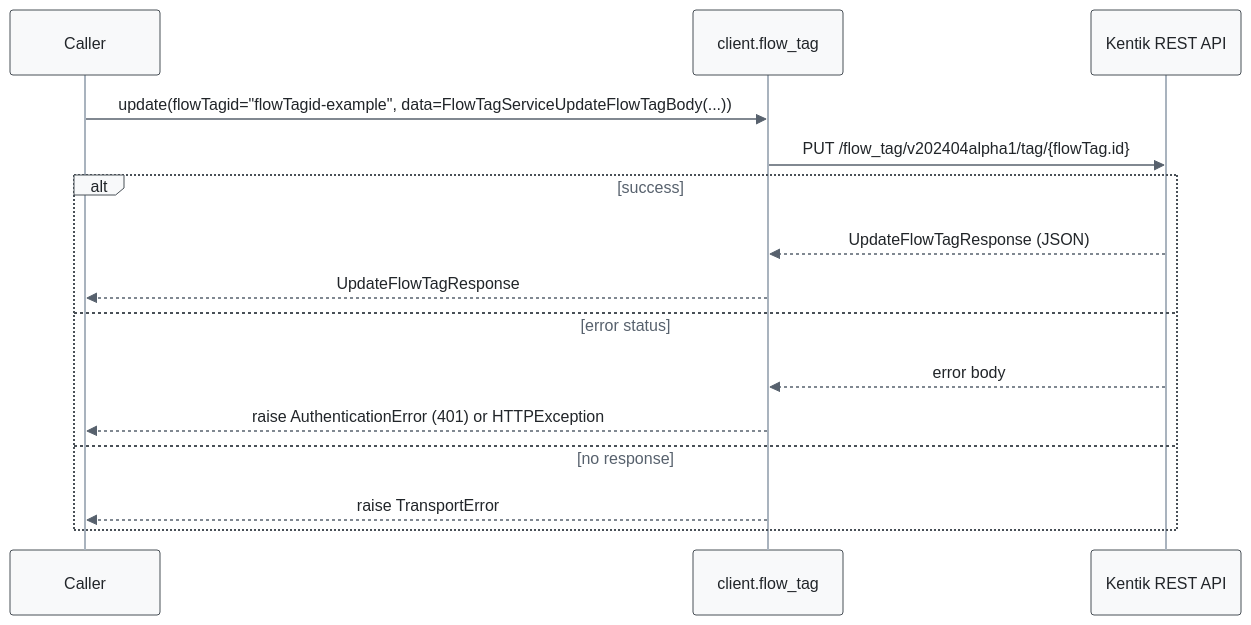
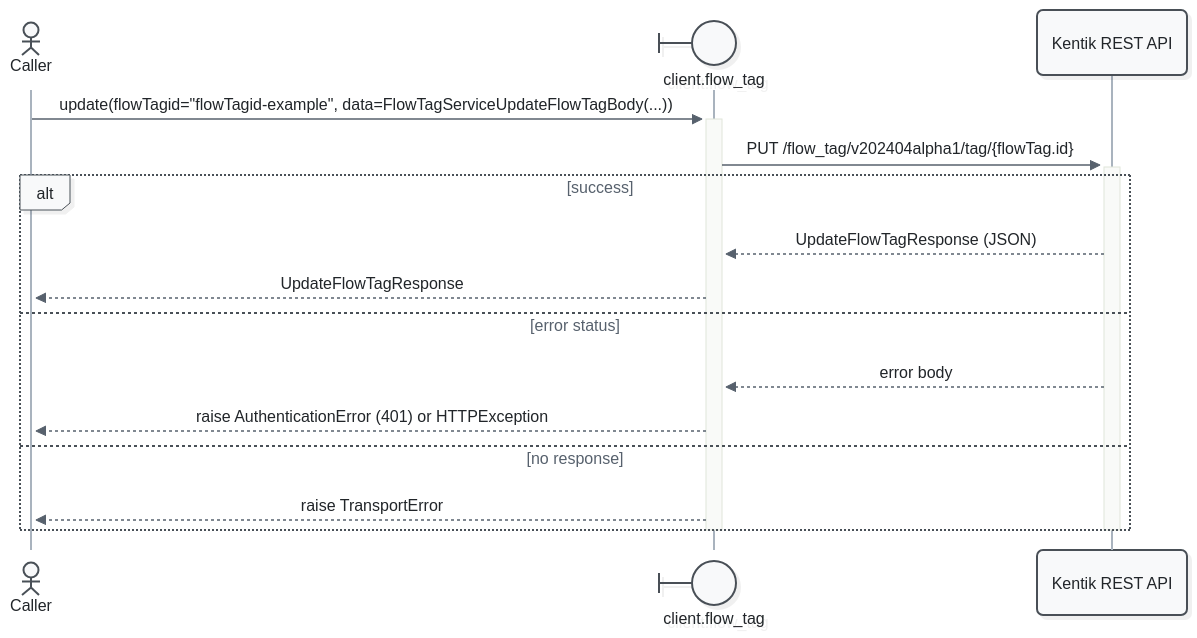
One commit to alexdearaujo/community_sdk_python changed the seventh of 11 diagrams in docs/sphinx/services/flow_tag.md. Above: the diagram before and after it, drawn with Mermaid. The commit also changed other lines of this file and 52 other files, not shown here.

First line of the commit message:
docs: Mermaid 12 sequence diagrams with participant types and path colors

````diff
--- a/docs/sphinx/services/flow_tag.md
+++ b/docs/sphinx/services/flow_tag.md
@@ -270,19 +285,21 @@
 ```mermaid
-%%{init: {"theme": "base", "fontFamily": "ui-monospace, SFMono-Regular, Menlo, monospace", "themeVariables": {"fontFamily": "ui-monospace, SFMono-Regular, Menlo, monospace", "primaryColor": "#f8f9fa", "primaryBorderColor": "#495057", "primaryTextColor": "#212529", "textColor": "#212529", "lineColor": "#77818c", "edgeLabelBackground": "#ffffff", "actorBkg": "#f8f9fa", "actorBorder": "#495057", "actorTextColor": "#212529", "actorLineColor": "#a9b3be", "signalColor": "#57616d", "signalTextColor": "#212529", "labelBoxBkgColor": "#f8f9fa", "labelBoxBorderColor": "#495057", "labelTextColor": "#212529", "loopTextColor": "#57616d", "noteBkgColor": "#fff9db", "noteBorderColor": "#f08c00", "noteTextColor": "#a35a00"}, "flowchart": {"curve": "step", "nodeSpacing": 30, "rankSpacing": 70, "wrappingWidth": 400}}}%%
+%%{init: {"theme": "redux", "look": "neo", "layout": "dagre", "fontFamily": "ui-monospace, SFMono-Regular, Menlo, monospace", "themeVariables": {"fontFamily": "ui-monospace, SFMono-Regular, Menlo, monospace", "primaryColor": "#f8f9fa", "primaryBorderColor": "#495057", "primaryTextColor": "#212529", "textColor": "#212529", "lineColor": "#77818c", "edgeLabelBackground": "#ffffff", "actorBkg": "#f8f9fa", "actorBorder": "#495057", "actorTextColor": "#212529", "actorLineColor": "#a9b3be", "signalColor": "#57616d", "signalTextColor": "#212529", "labelBoxBkgColor": "#f8f9fa", "labelBoxBorderColor": "#495057", "labelTextColor": "#212529", "loopTextColor": "#57616d", "noteBkgColor": "#fff9db", "noteBorderColor": "#f08c00", "noteTextColor": "#a35a00"}, "sequence": {"activationWidth": 16}, "flowchart": {"curve": "step", "nodeSpacing": 30, "rankSpacing": 70, "wrappingWidth": 400}}}%%
 sequenceDiagram
-    participant C as Caller
-    participant W as client.flow_tag
+    actor C as Caller
+    participant W@{ "type": "boundary" } as client.flow_tag
     participant API as Kentik REST API
 
-    C->>W: update(flowTagid="flowTagid-example", data=FlowTagServiceUpdateFlowTagBody(...))
-    W->>API: PUT /flow_tag/v202404alpha1/tag/{flowTag.id}
+    C->>+W: update(flowTagid="flowTagid-example", data=FlowTagServiceUpdateFlowTagBody(...))
+    W->>+API: PUT /flow_tag/v202404alpha1/tag/{flowTag.id}
     alt success
         API-->>W: UpdateFlowTagResponse (JSON)
         W-->>C: UpdateFlowTagResponse
     else error status
         API-->>W: error body
         W-->>C: raise AuthenticationError (401) or HTTPException
     else no response
         W-->>C: raise TransportError
     end
+    deactivate API
+    deactivate W
 ```
````
